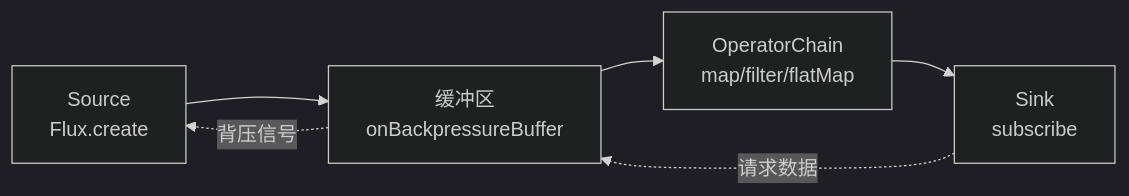
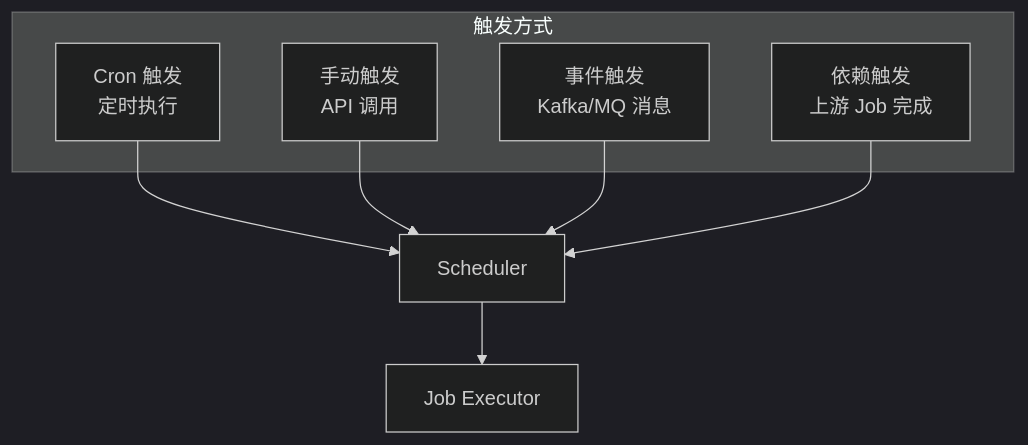
One commit to 312268112/advanced-java changed the sixth of 16 diagrams in pipeline-framework-design.md. Above: the diagram before and after it, drawn with Mermaid (dark theme). The commit also changed other lines of this file, not shown here.

````diff
--- a/pipeline-framework-design.md
+++ b/pipeline-framework-design.md
@@ -170,9 +351,16 @@
 ```mermaid
-graph LR
-    Source[Source<br/>Flux.create] --> Buffer[缓冲区<br/>onBackpressureBuffer]
-    Buffer --> Chain[OperatorChain<br/>map/filter/flatMap]
-    Chain --> Sink[Sink<br/>subscribe]
+graph TB
+    subgraph "触发方式"
+        Cron[Cron 触发<br/>定时执行]
+        Manual[手动触发<br/>API 调用]
+        Event[事件触发<br/>Kafka/MQ 消息]
+        Dependency[依赖触发<br/>上游 Job 完成]
+    end
     
-    Sink -.请求数据.-> Buffer
-    Buffer -.背压信号.-> Source
+    Cron --> Scheduler[Scheduler]
+    Manual --> Scheduler
+    Event --> Scheduler
+    Dependency --> Scheduler
+    
+    Scheduler --> Executor[Job Executor]
 ```
````
